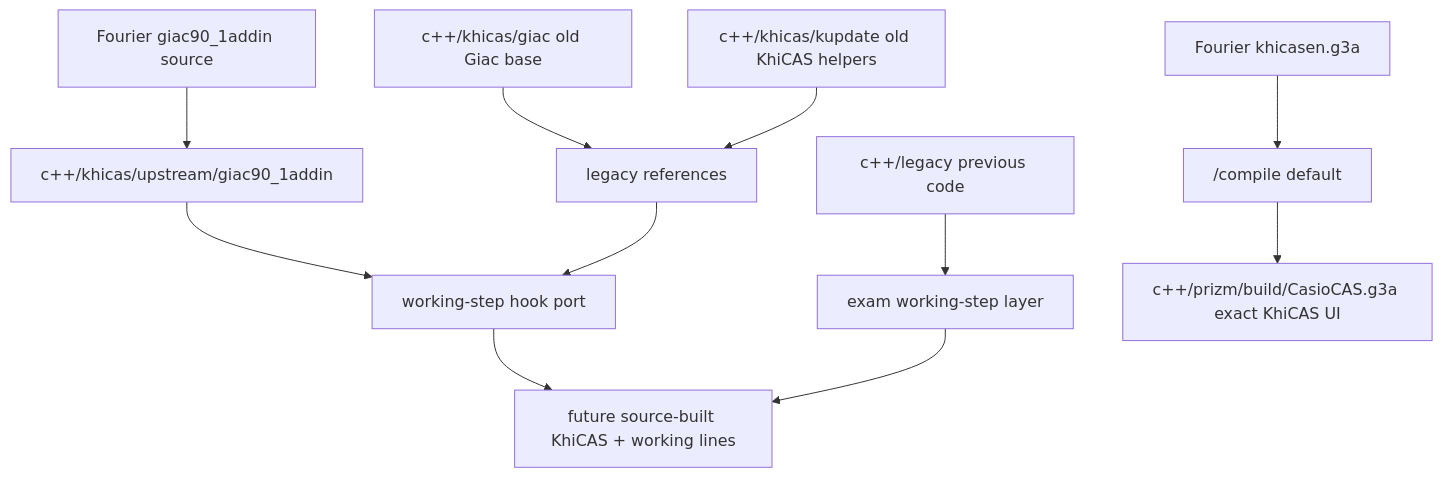
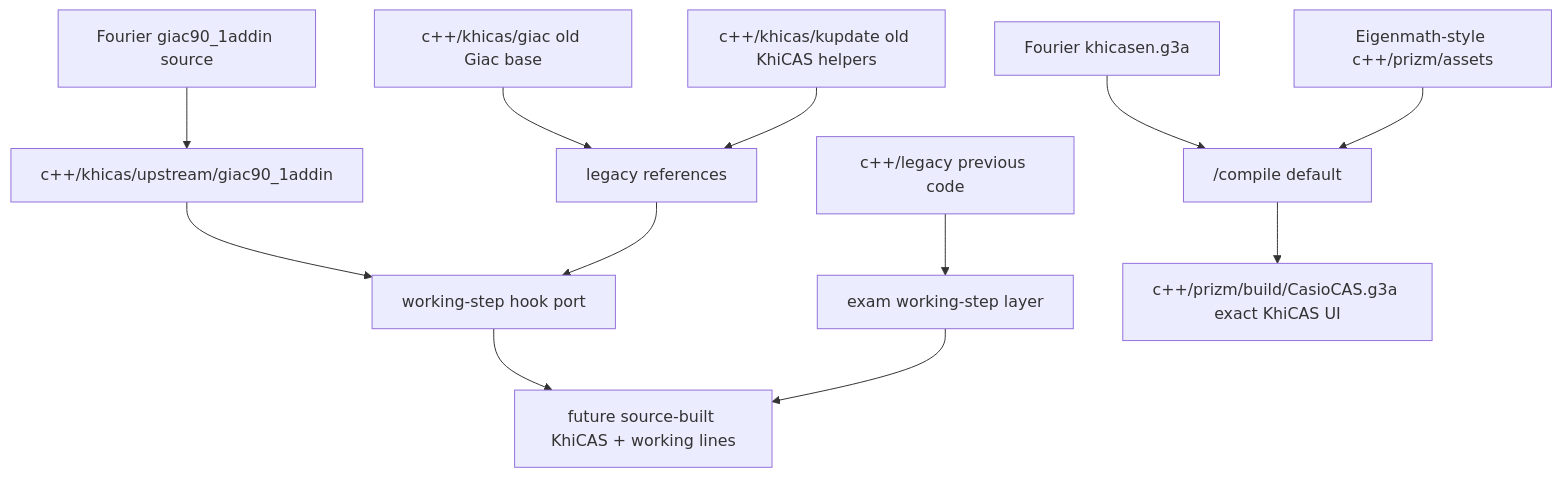
The first of 6 diagrams in c++/GRAPH.md (james8464/notes-addin-casio-fx-cg50), drawn with Mermaid before and after one commit. The commit also changed 3 other files, not shown here.

Commit message:
Restore Eigenmath add-in icons

````diff
--- a/c++/GRAPH.md
+++ b/c++/GRAPH.md
@@ -3,13 +3,14 @@
 ```mermaid
 graph TD
   Up["Fourier giac90_1addin source"] --> Exact["c++/khicas/upstream/giac90_1addin"]
   Ref["Fourier khicasen.g3a"] --> Build["/compile default"]
+  Icons["Eigenmath-style c++/prizm/assets"] --> Build
   Exact --> Port["working-step hook port"]
   KH["c++/khicas/giac old Giac base"] --> OldRefs["legacy references"]
   KU["c++/khicas/kupdate old KhiCAS helpers"] --> OldRefs
   OldRefs --> Port
   Legacy["c++/legacy previous code"] --> WorkSteps["exam working-step layer"]
   Build --> G3A["c++/prizm/build/CasioCAS.g3a exact KhiCAS UI"]
   Port --> Future["future source-built KhiCAS + working lines"]
   WorkSteps --> Future
 ```
````
